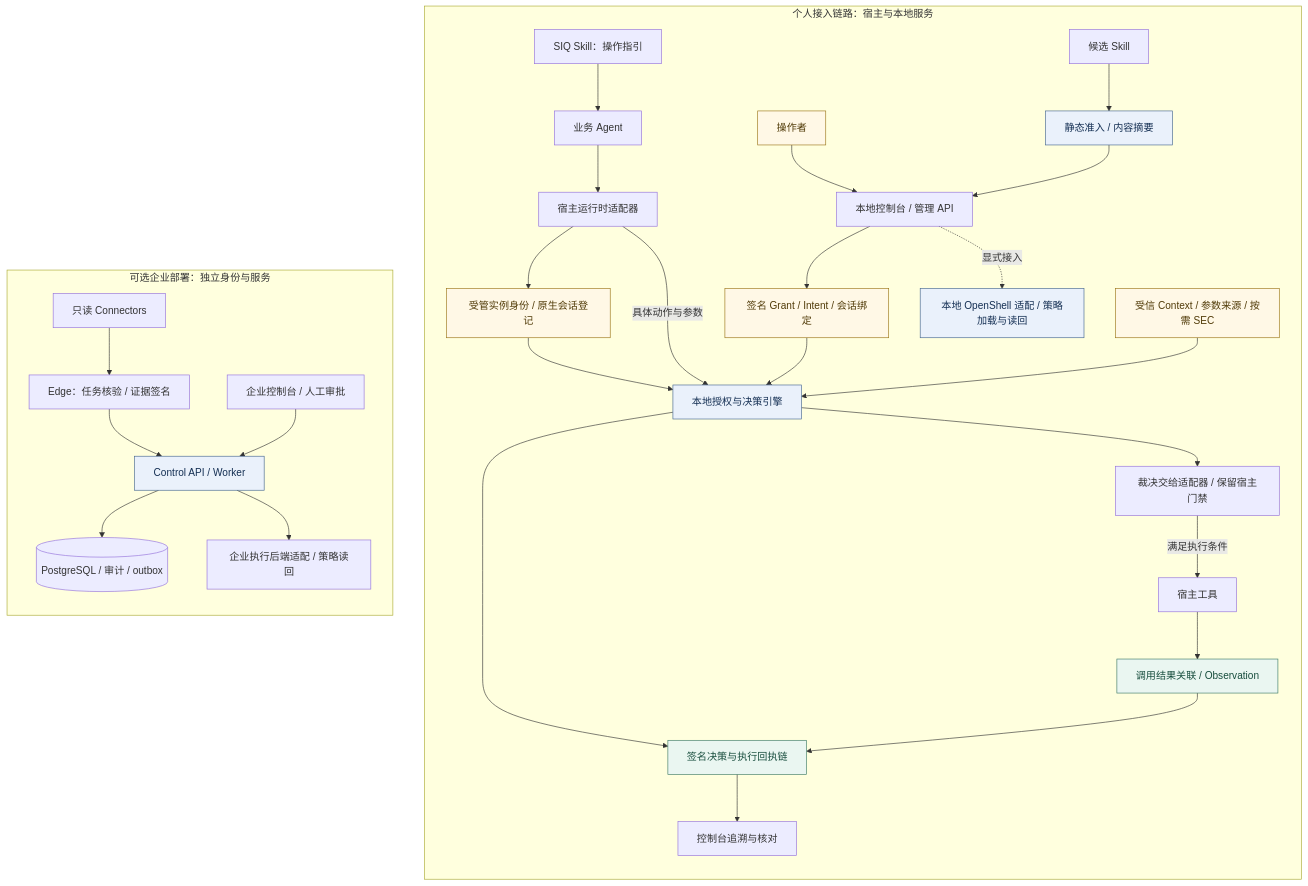
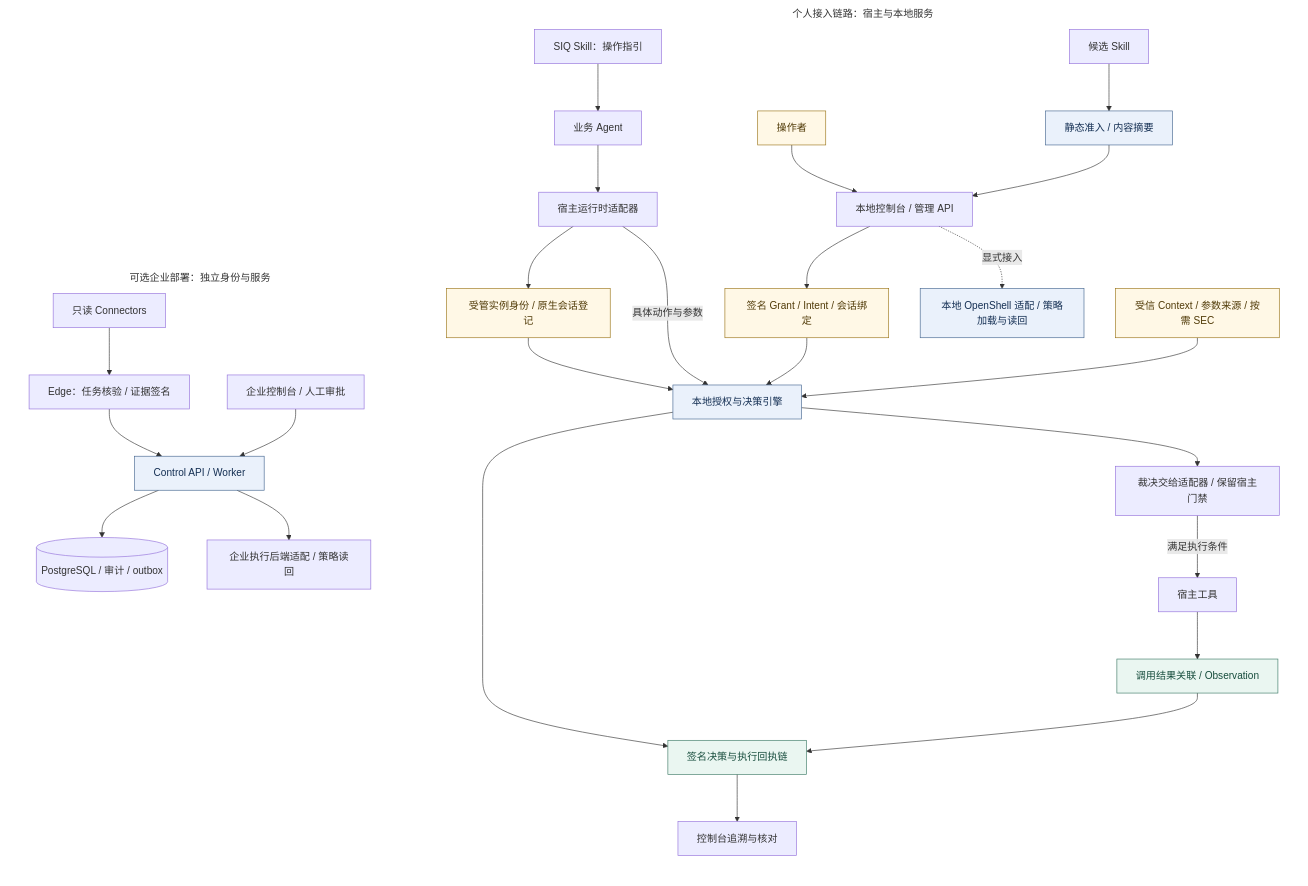
Before and after one commit to maoyadongsh/siq-agent-security: the first of 2 diagrams in README.md, drawn with Mermaid. The commit also changed other lines of this file and 25 other files, not shown here.

````diff
--- a/README.md
+++ b/README.md
@@ -239,39 +239,41 @@
 ```mermaid
 flowchart TB
     subgraph Local[个人接入链路：宿主与本地服务]
         direction TB
     Human[操作者] --> Console[本地控制台 / 管理 API]
     Skill[SIQ Skill：操作指引] --> Agent[业务 Agent]
     Candidate[候选 Skill] --> Admission[静态准入 / 内容摘要]
     Admission --> Console
     Console --> Authority[签名 Grant / Intent / 会话绑定]
     Agent --> Adapter[宿主运行时适配器]
     Adapter --> Identity[受管实例身份 / 原生会话登记]
     Identity --> Gate[本地授权与决策引擎]
     Adapter -->|具体动作与参数| Gate
     Authority --> Gate
     Context[受信 Context / 参数来源 / 按需 SEC] --> Gate
     Gate --> Decision[裁决交给适配器 / 保留宿主门禁]
     Decision -->|满足执行条件| Tool[宿主工具]
     Tool --> Observe[调用结果关联 / Observation]
     Gate --> Receipts[签名决策与执行回执链]
     Observe --> Receipts
     Receipts --> View[控制台追溯与核对]
     Console -.->|显式接入| LocalBackend[本地 OpenShell 适配 / 策略加载与读回]
     end
 
     subgraph Enterprise[可选企业部署：独立身份与服务]
         direction TB
         Connectors[只读 Connectors] --> Edge[Edge：任务核验 / 证据签名]
         Edge --> Control[Control API / Worker]
         EnterpriseUI[企业控制台 / 人工审批] --> Control
         Control --> DB[(PostgreSQL / 审计 / outbox)]
         Control --> Backend[企业执行后端适配 / 策略读回]
     end
     classDef authority fill:#fff8e6,stroke:#9a7417,color:#513b08
     classDef runtime fill:#eaf1fb,stroke:#43658f,color:#142f53
     classDef evidence fill:#eaf6f1,stroke:#3b7965,color:#174d3d
+    style Local fill:transparent,stroke:none
+    style Enterprise fill:transparent,stroke:none
     class Human,Authority,Identity,Context authority
     class Admission,Gate,LocalBackend,Control runtime
     class Observe,Receipts evidence
 ```
````
